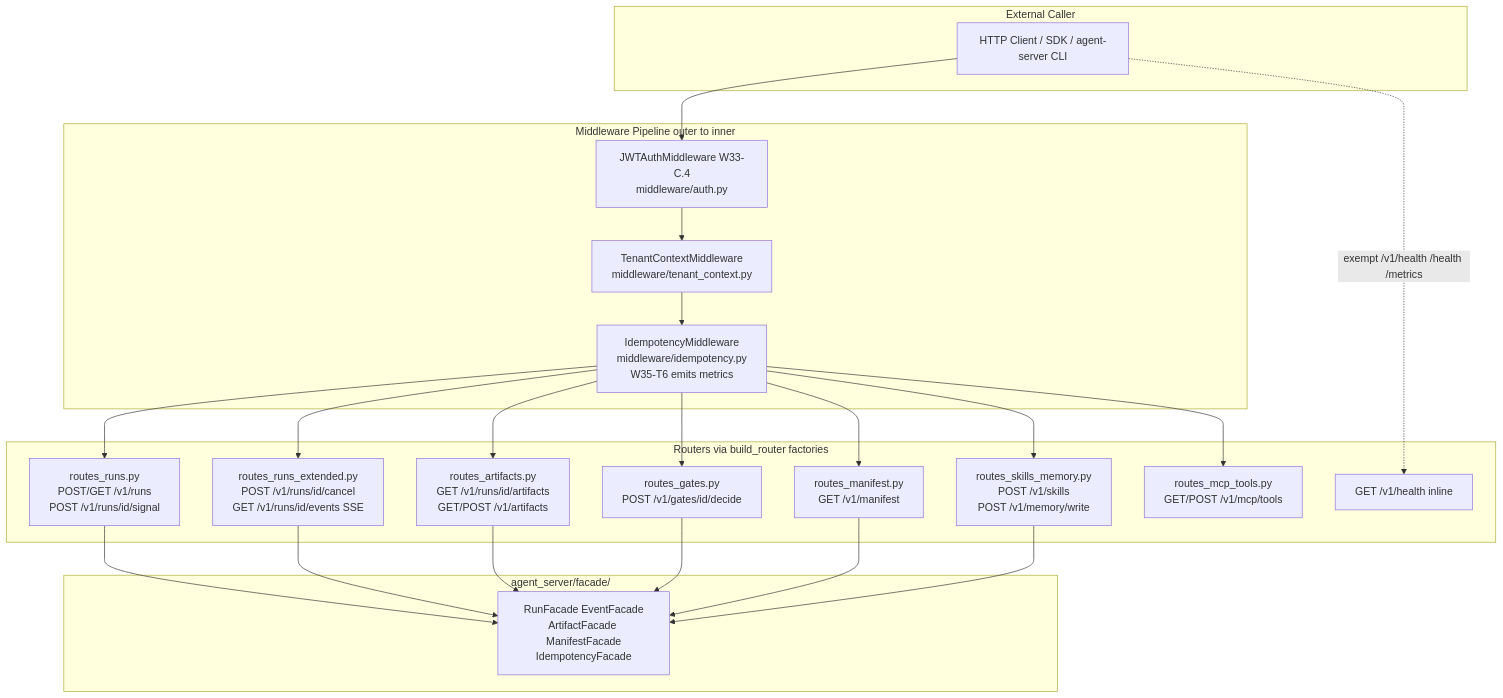
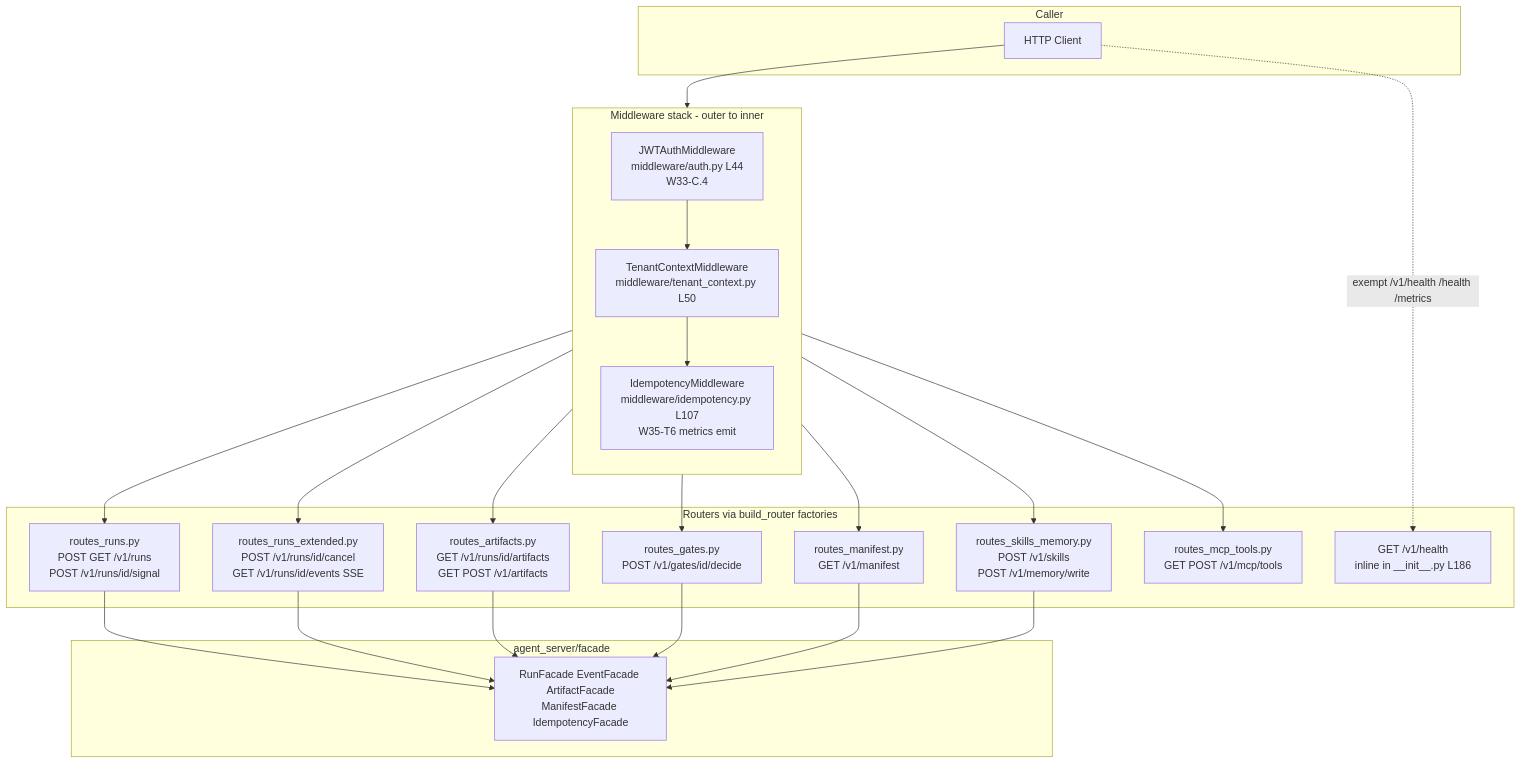
Before and after one commit to chaosxingxc-orion/hi-agent: the second of 5 diagrams in agent_server/api/ARCHITECTURE.md, drawn with Mermaid. The commit also changed other lines of this file and 25 other files, not shown here.

First line of the commit message:
[W35-corrective] Refresh ARCHITECTURE.md hierarchy + add missing READMEs

````diff
--- a/agent_server/api/ARCHITECTURE.md
+++ b/agent_server/api/ARCHITECTURE.md
@@ -52,46 +117,46 @@
 ```mermaid
-graph TD
-    subgraph CLIENT[External Caller]
-        HTTPC[HTTP Client / SDK / agent-server CLI]
+flowchart TB
+    subgraph EXTERNAL[Caller]
+        HTTPC[HTTP Client]
     end
 
-    subgraph MIDDLEWARE[Middleware Pipeline outer to inner]
-        JWT[JWTAuthMiddleware W33-C.4<br/>middleware/auth.py]
-        TC[TenantContextMiddleware<br/>middleware/tenant_context.py]
-        IDEM[IdempotencyMiddleware<br/>middleware/idempotency.py<br/>W35-T6 emits metrics]
+    subgraph MIDDLEWARE[Middleware stack - outer to inner]
+        direction TB
+        JWT[JWTAuthMiddleware<br/>middleware/auth.py L44<br/>W33-C.4]
+        TC[TenantContextMiddleware<br/>middleware/tenant_context.py L50]
+        IDEM[IdempotencyMiddleware<br/>middleware/idempotency.py L107<br/>W35-T6 metrics emit]
+        JWT --> TC --> IDEM
     end
 
     subgraph ROUTERS[Routers via build_router factories]
-        RUNS[routes_runs.py<br/>POST/GET /v1/runs<br/>POST /v1/runs/id/signal]
+        RUNS[routes_runs.py<br/>POST GET /v1/runs<br/>POST /v1/runs/id/signal]
         RUNX[routes_runs_extended.py<br/>POST /v1/runs/id/cancel<br/>GET /v1/runs/id/events SSE]
-        ARTS[routes_artifacts.py<br/>GET /v1/runs/id/artifacts<br/>GET/POST /v1/artifacts]
+        ARTS[routes_artifacts.py<br/>GET /v1/runs/id/artifacts<br/>GET POST /v1/artifacts]
         GATES[routes_gates.py<br/>POST /v1/gates/id/decide]
         MANI[routes_manifest.py<br/>GET /v1/manifest]
         SKM[routes_skills_memory.py<br/>POST /v1/skills<br/>POST /v1/memory/write]
-        MCPT[routes_mcp_tools.py<br/>GET/POST /v1/mcp/tools]
-        HEALTH[GET /v1/health inline]
+        MCPT[routes_mcp_tools.py<br/>GET POST /v1/mcp/tools]
+        HEALTH[GET /v1/health<br/>inline in __init__.py L186]
     end
 
-    subgraph FACADE[agent_server/facade/]
-        F[RunFacade EventFacade<br/>ArtifactFacade ManifestFacade<br/>IdempotencyFacade]
+    subgraph FACADE[agent_server/facade]
+        F[RunFacade EventFacade ArtifactFacade<br/>ManifestFacade IdempotencyFacade]
     end
 
     HTTPC --> JWT
-    JWT --> TC
-    TC --> IDEM
     IDEM --> RUNS
     IDEM --> RUNX
     IDEM --> ARTS
     IDEM --> GATES
     IDEM --> MANI
     IDEM --> SKM
     IDEM --> MCPT
     HTTPC -. exempt /v1/health /health /metrics .-> HEALTH
 
     RUNS --> F
     RUNX --> F
     ARTS --> F
     GATES --> F
     MANI --> F
     SKM --> F
 ```
````
